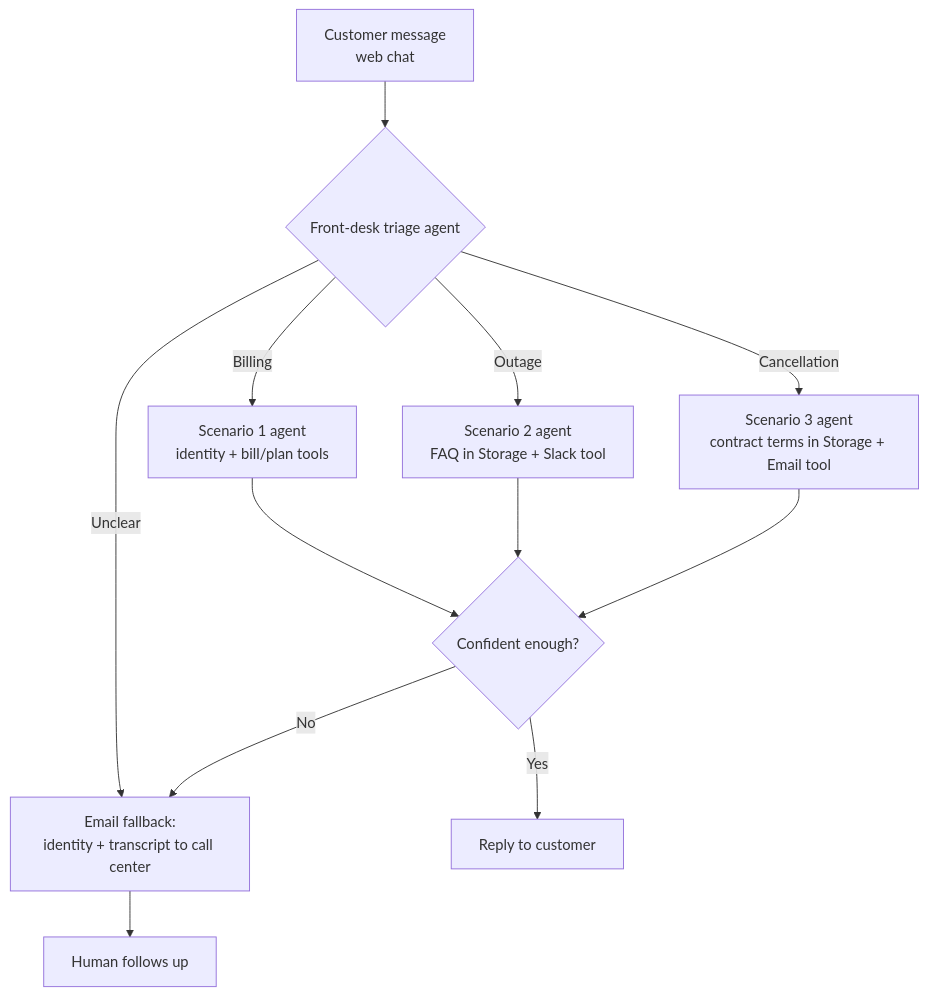
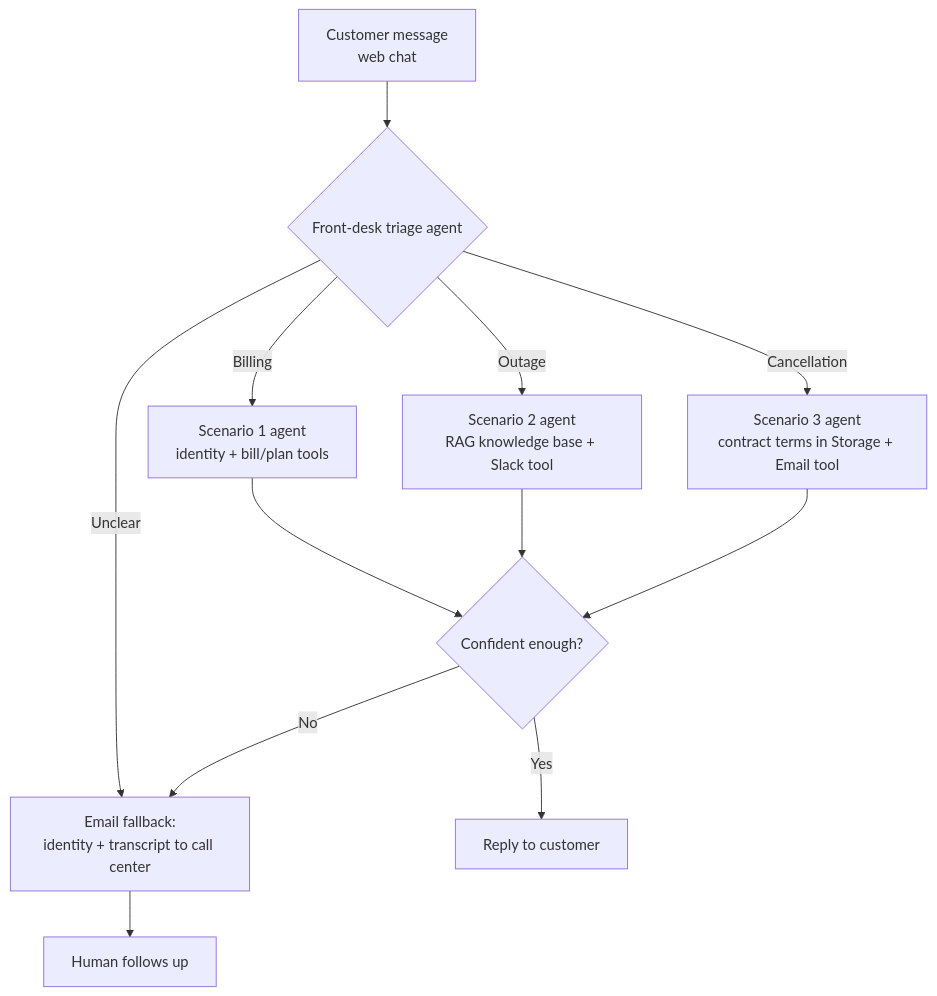
The diagram in architecture.md (Vizino-AI/telecom-cs-agent-workshop), drawn with Mermaid before and after one commit. The commit also changed other lines of this file and 14 other files, not shown here.

Commit message:
Reintroduce RAG as Unit 4; renumber Units 4-5 to 5-6; add AI Agent prompts

````diff
--- a/architecture.md
+++ b/architecture.md
@@ -17,14 +17,14 @@
 ```mermaid
 flowchart TD
     A[Customer message<br/>web chat] --> B{Front-desk triage agent}
     B -->|Billing| C[Scenario 1 agent<br/>identity + bill/plan tools]
-    B -->|Outage| D[Scenario 2 agent<br/>FAQ in Storage + Slack tool]
+    B -->|Outage| D[Scenario 2 agent<br/>RAG knowledge base + Slack tool]
     B -->|Cancellation| E[Scenario 3 agent<br/>contract terms in Storage + Email tool]
     B -->|Unclear| H
     C --> F{Confident enough?}
     D --> F
     E --> F
     F -->|Yes| G[Reply to customer]
     F -->|No| H[Email fallback:<br/>identity + transcript to call center]
     H --> I[Human follows up]
 ```
````
